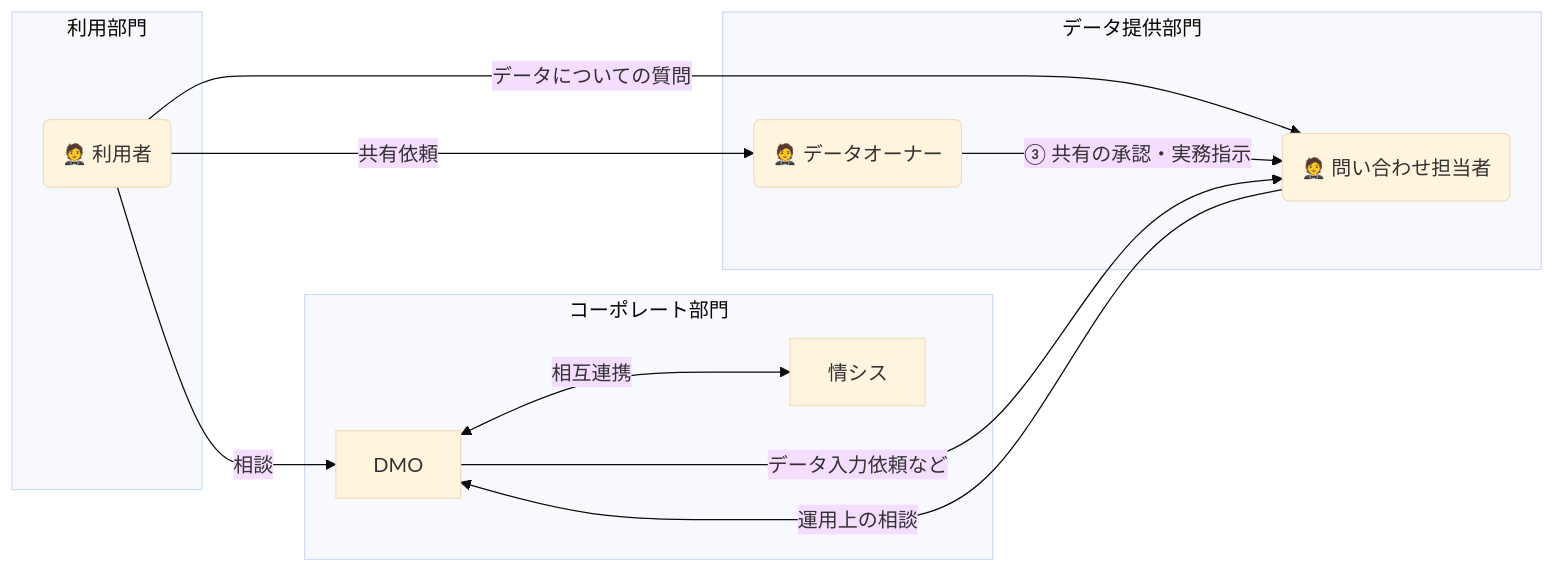
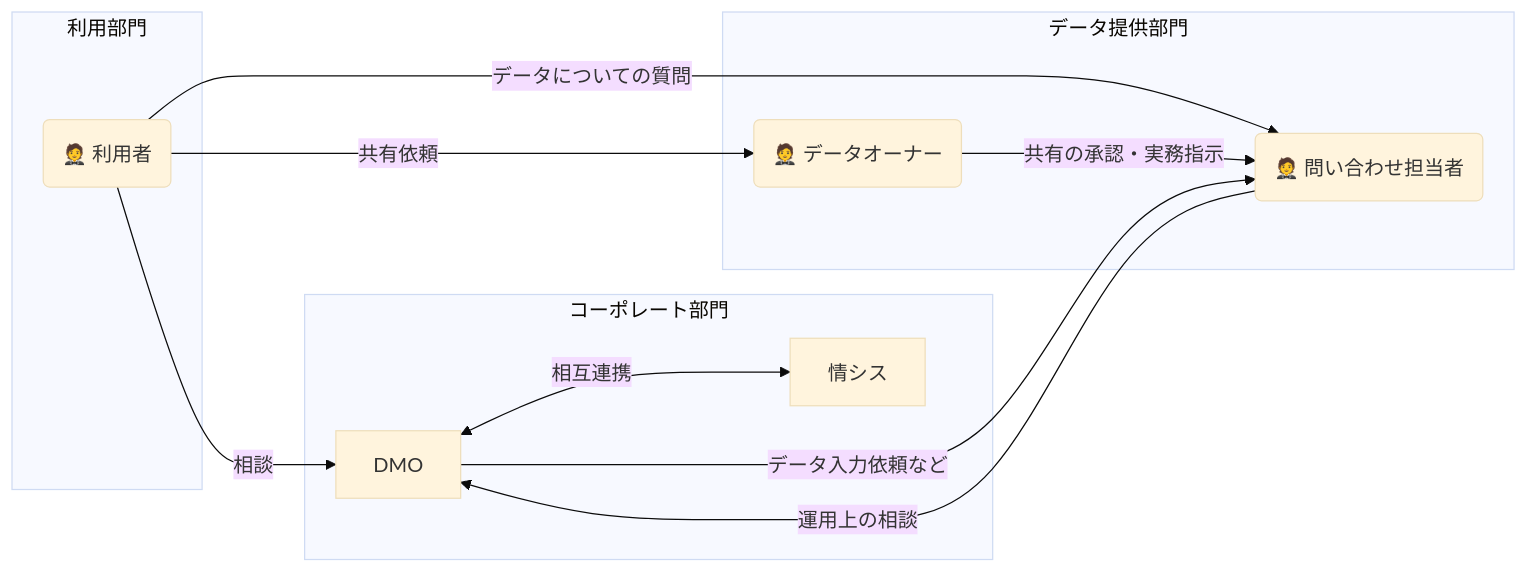
One commit to future-architect/arch-guidelines changed the third of 7 diagrams in documents/forDataGovernance/data_governance_guidelines.md. Above: the diagram before and after it, drawn with Mermaid (base theme). The commit also changed other lines of this file, not shown here.

````diff
--- a/documents/forDataGovernance/data_governance_guidelines.md
+++ b/documents/forDataGovernance/data_governance_guidelines.md
@@ -341,25 +345,25 @@
 ```mermaid
 flowchart LR
     subgraph Corporate [コーポレート部門]
         DMO[DMO]
         IS[情シス]
     end
 
     subgraph Provider [データ提供部門]
         Owner(🤵 データオーナー)
         Contact(🤵 問い合わせ担当者)
     end
 
     subgraph UserDept [利用部門]
         Requester(🤵 利用者)
     end
 
     Requester -- "データについての質問" --> Contact
     Requester -- "共有依頼" --> Owner
     Requester -- "相談" --> DMO
 
-    Owner -- "③ 共有の承認・実務指示" --> Contact
+    Owner -- "共有の承認・実務指示" --> Contact
     DMO -- "データ入力依頼など" ---> Contact
     Contact -- "運用上の相談" --> DMO
     DMO <-->|"相互連携"| IS
 ```
````
